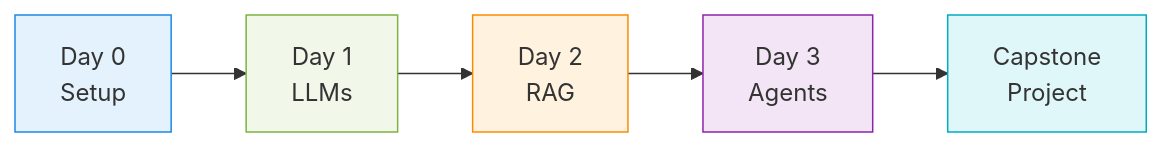
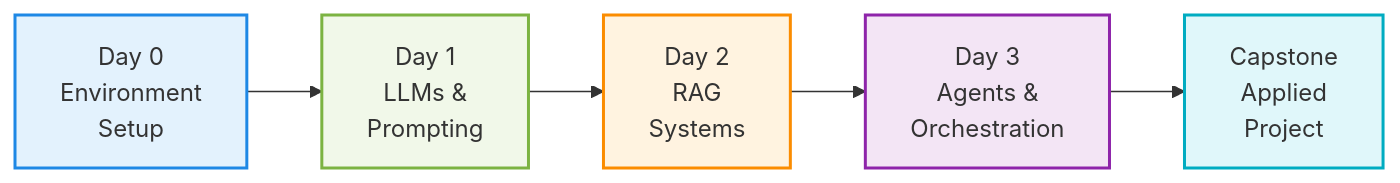
One commit to ruslanmv/watsonx-workshop changed the diagram in docs/portal.md. Above: the diagram before and after it, drawn with Mermaid. The commit also changed other lines of this file and 2 other files, not shown here.

````diff
--- a/docs/portal.md
+++ b/docs/portal.md
@@ -547,13 +334,13 @@
 ```mermaid
 graph LR
-    A[Day 0<br/>Setup] --> B[Day 1<br/>LLMs]
-    B --> C[Day 2<br/>RAG]
-    C --> D[Day 3<br/>Agents]
-    D --> E[Capstone<br/>Project]
+    A[Day 0<br/>Environment<br/>Setup] --> B[Day 1<br/>LLMs &<br/>Prompting]
+    B --> C[Day 2<br/>RAG<br/>Systems]
+    C --> D[Day 3<br/>Agents &<br/>Orchestration]
+    D --> E[Capstone<br/>Applied<br/>Project]
 
-    style A fill:#E3F2FD,stroke:#1E88E5
-    style B fill:#F1F8E9,stroke:#7CB342
-    style C fill:#FFF3E0,stroke:#FB8C00
-    style D fill:#F3E5F5,stroke:#8E24AA
-    style E fill:#E0F7FA,stroke:#00ACC1
+    style A fill:#E3F2FD,stroke:#1E88E5,stroke-width:2px
+    style B fill:#F1F8E9,stroke:#7CB342,stroke-width:2px
+    style C fill:#FFF3E0,stroke:#FB8C00,stroke-width:2px
+    style D fill:#F3E5F5,stroke:#8E24AA,stroke-width:2px
+    style E fill:#E0F7FA,stroke:#00ACC1,stroke-width:2px
 ```
````
